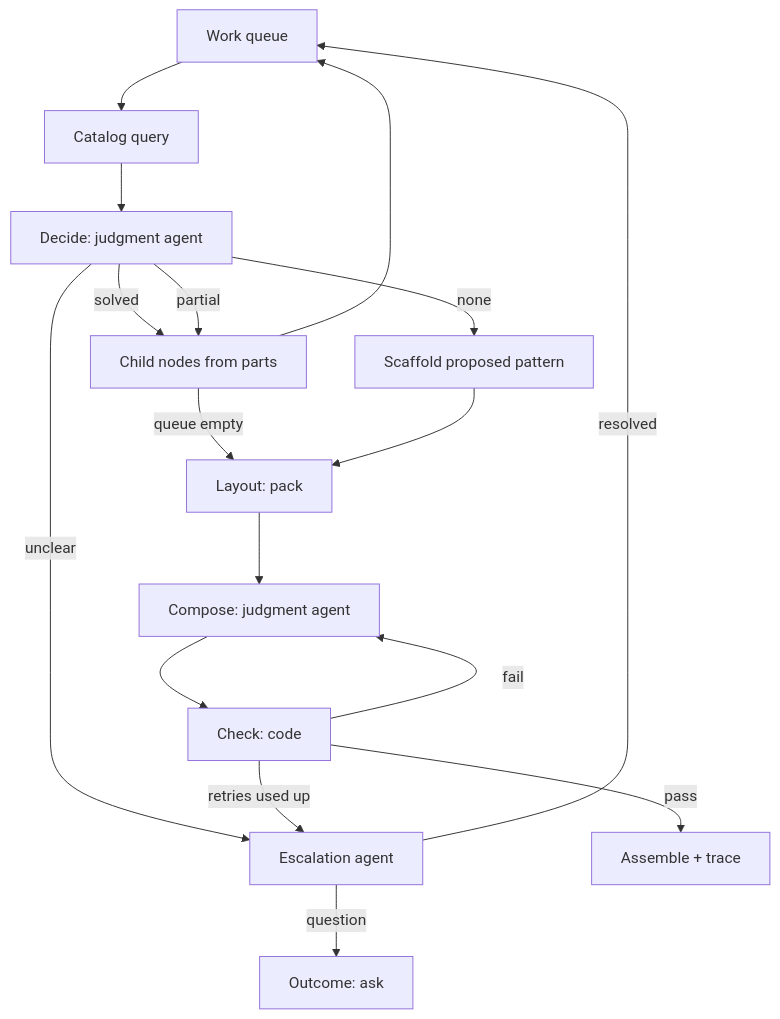
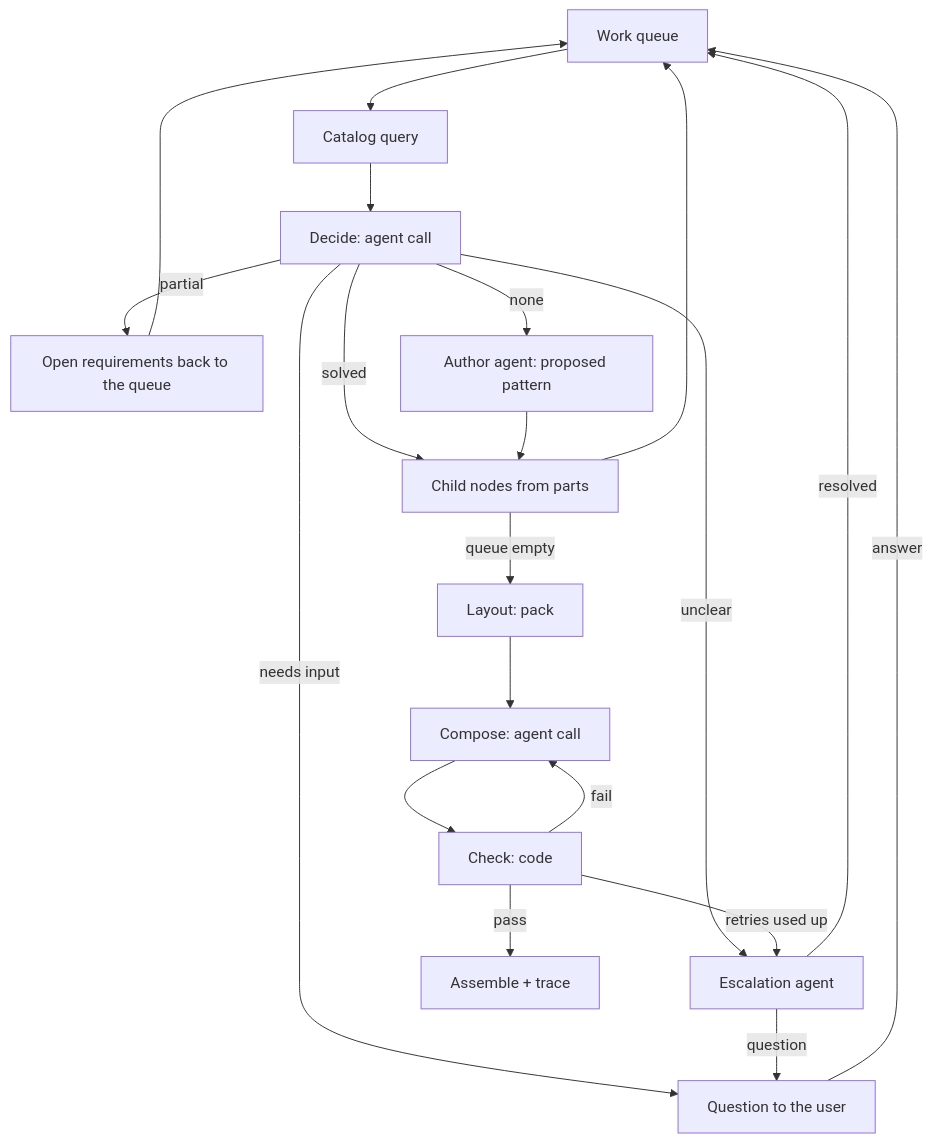
The second of 4 diagrams in pattern-engine/docs/design/architecture.md (MgCohen/playground), drawn with Mermaid before and after one commit. The commit also changed other lines of this file and 114 other files, not shown here.

````diff
--- a/pattern-engine/docs/design/architecture.md
+++ b/pattern-engine/docs/design/architecture.md
@@ -49,19 +55,22 @@
 ```mermaid
 flowchart TD
     Q[Work queue] --> C[Catalog query]
-    C --> D[Decide: judgment agent]
+    C --> D[Decide: agent call]
     D -->|solved| K[Child nodes from parts]
-    D -->|partial| K
-    D -->|none| S[Scaffold proposed pattern]
+    D -->|partial| R[Open requirements back to the queue]
+    D -->|needs input| U[Question to the user]
+    D -->|none| AU[Author agent: proposed pattern]
     D -->|unclear| E[Escalation agent]
+    R --> Q
     K --> Q
+    U -->|answer| Q
+    AU --> K
     K -->|queue empty| L[Layout: pack]
-    S --> L
-    L --> M[Compose: judgment agent]
+    L --> M[Compose: agent call]
     M --> X[Check: code]
     X -->|fail| M
     X -->|retries used up| E
     E -->|resolved| Q
-    E -->|question| A[Outcome: ask]
+    E -->|question| U
     X -->|pass| T[Assemble + trace]
 ```
````
